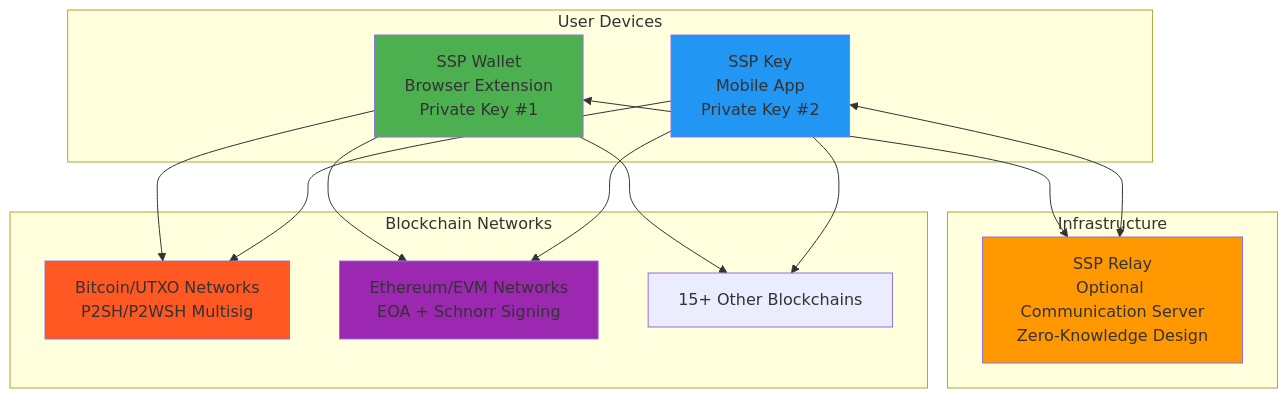
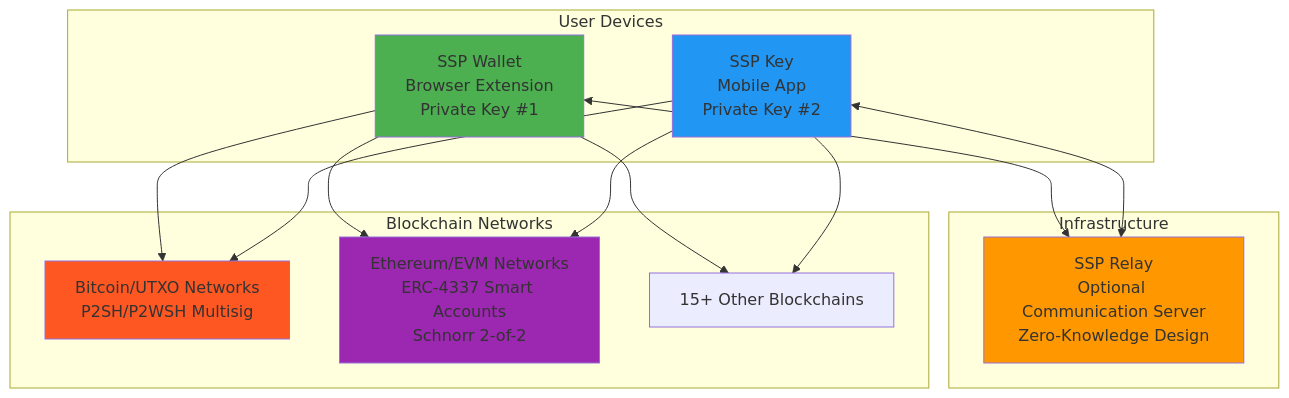
The diagram in architecture/ecosystem-overview.md (RunOnFlux/ssp-docs), drawn with Mermaid before and after one commit. The commit also changed other lines of this file and 22 other files, not shown here.

````diff
--- a/architecture/ecosystem-overview.md
+++ b/architecture/ecosystem-overview.md
@@ -7,32 +7,32 @@
 ```mermaid
 graph TB
     subgraph "User Devices"
         A[SSP Wallet<br/>Browser Extension<br/>Private Key #1]
         B[SSP Key<br/>Mobile App<br/>Private Key #2]
     end
     
     subgraph "Infrastructure"
         C[SSP Relay<br/>Optional Communication Server<br/>Zero-Knowledge Design]
     end
     
     subgraph "Blockchain Networks"
         D[Bitcoin/UTXO Networks<br/>P2SH/P2WSH Multisig]
-        E[Ethereum/EVM Networks<br/>EOA + Schnorr Signing]
+        E[Ethereum/EVM Networks<br/>ERC-4337 Smart Accounts<br/>Schnorr 2-of-2]
         F[15+ Other Blockchains]
     end
     
     A <--> C
     B <--> C
     A --> D
     A --> E
     A --> F
     B --> D
     B --> E
     B --> F
     
     style A fill:#4CAF50
     style B fill:#2196F3
     style C fill:#FF9800
     style D fill:#FF5722
     style E fill:#9C27B0
 ```
````
